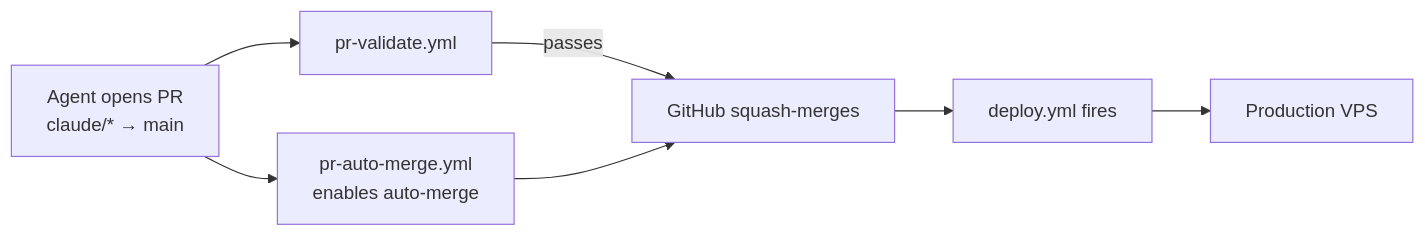
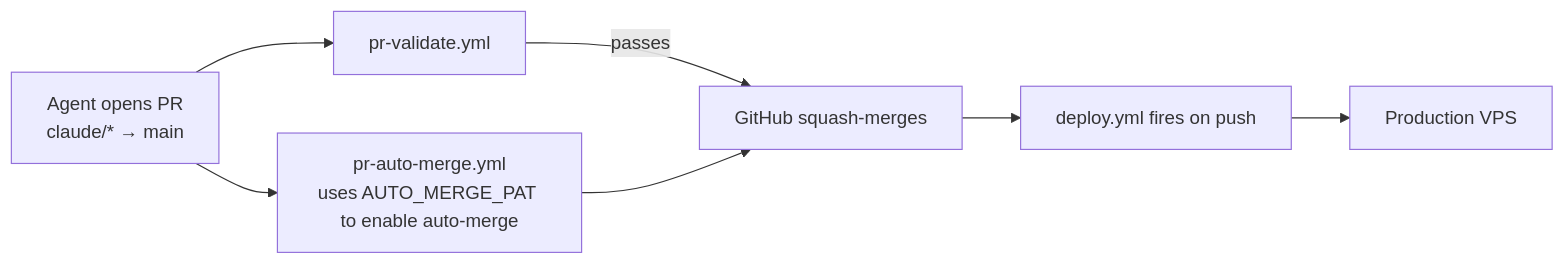
The first of 2 diagrams in docs/06_Deployment_And_Environments/04_Branching_And_Release_Workflow.md (Kjdragan/universal_agent), drawn with Mermaid before and after one commit. The commit also changed other lines of this file and 4 other files, not shown here.

First line of the commit message:
docs+ci(deploy): document PAT-fixed auto-merge chain + add concurrency guard

````diff
--- a/docs/06_Deployment_And_Environments/04_Branching_And_Release_Workflow.md
+++ b/docs/06_Deployment_And_Environments/04_Branching_And_Release_Workflow.md
@@ -137,9 +137,9 @@
 ```mermaid
 flowchart LR
     A[Agent opens PR<br/>claude/* → main] --> B[pr-validate.yml]
-    A --> C[pr-auto-merge.yml<br/>enables auto-merge]
+    A --> C[pr-auto-merge.yml<br/>uses AUTO_MERGE_PAT to enable auto-merge]
     B -->|passes| D[GitHub squash-merges]
     C --> D
-    D --> E[deploy.yml fires]
+    D --> E[deploy.yml fires on push]
     E --> F[Production VPS]
 ```
````
